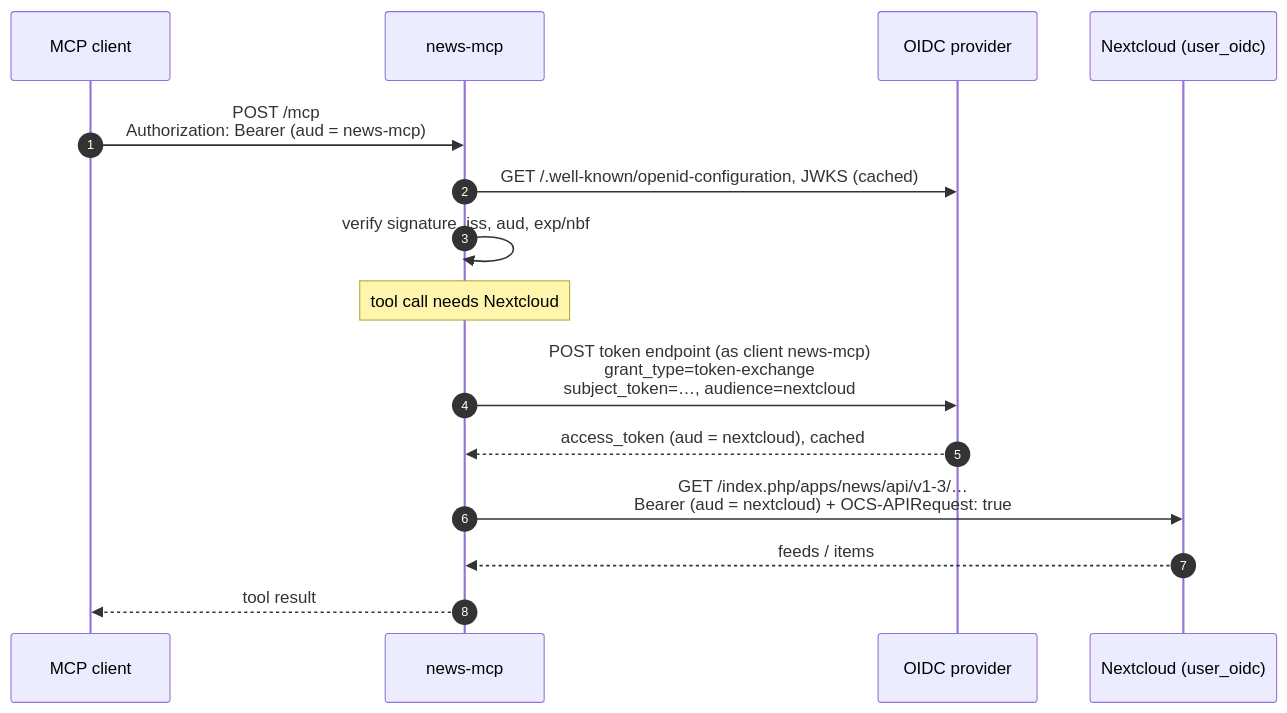
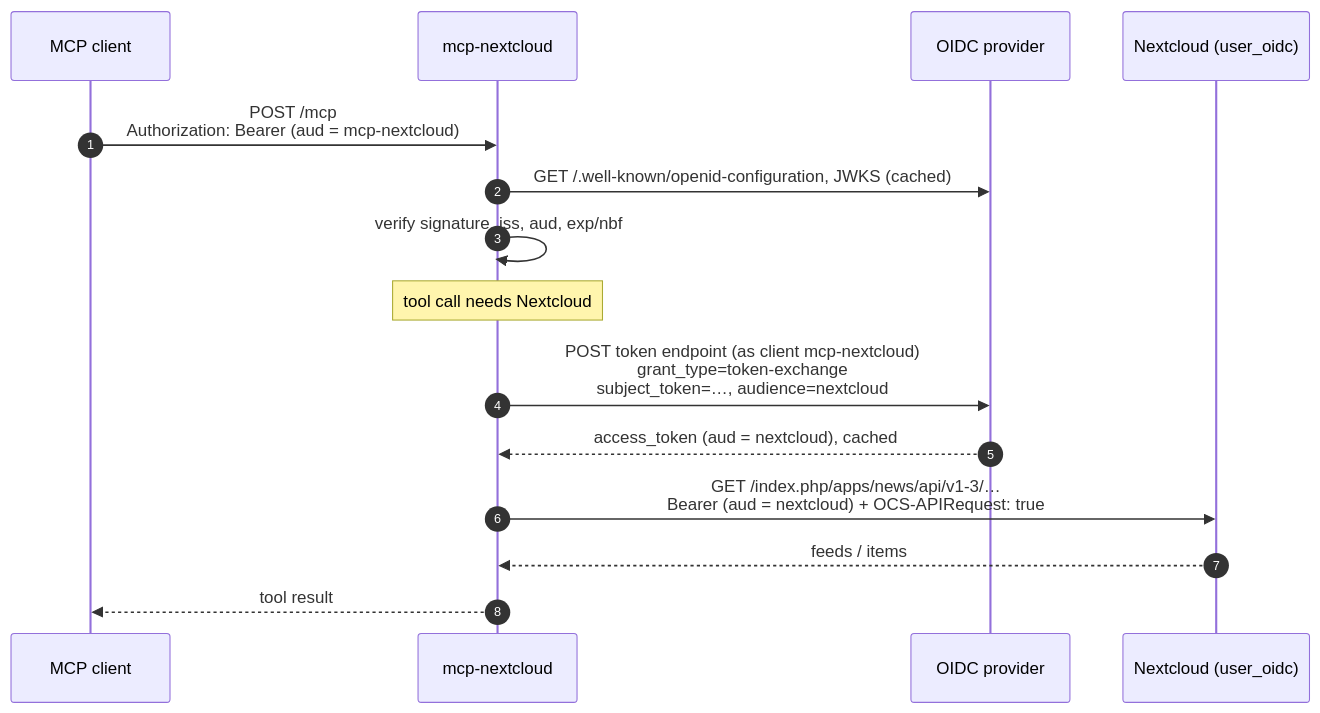
The first of 3 diagrams in docs/oidc.md (mrdev023/mcp-nextcloud), drawn with Mermaid before and after one commit. The commit also changed other lines of this file and 7 other files, not shown here.

First line of the commit message:
docs: Rename the project to mcp-nextcloud

````diff
--- a/docs/oidc.md
+++ b/docs/oidc.md
@@ -5,18 +5,18 @@
 ```mermaid
 sequenceDiagram
     autonumber
     participant C as MCP client
-    participant M as news-mcp
+    participant M as mcp-nextcloud
     participant P as OIDC provider
     participant N as Nextcloud (user_oidc)
 
-    C->>M: POST /mcp<br/>Authorization: Bearer (aud = news-mcp)
+    C->>M: POST /mcp<br/>Authorization: Bearer (aud = mcp-nextcloud)
     M->>P: GET /.well-known/openid-configuration, JWKS (cached)
     M->>M: verify signature, iss, aud, exp/nbf
     Note over M: tool call needs Nextcloud
-    M->>P: POST token endpoint (as client news-mcp)<br/>grant_type=token-exchange<br/>subject_token=…, audience=nextcloud
+    M->>P: POST token endpoint (as client mcp-nextcloud)<br/>grant_type=token-exchange<br/>subject_token=…, audience=nextcloud
     P-->>M: access_token (aud = nextcloud), cached
     M->>N: GET /index.php/apps/news/api/v1-3/…<br/>Bearer (aud = nextcloud) + OCS-APIRequest: true
     N-->>M: feeds / items
     M-->>C: tool result
 ```
````
